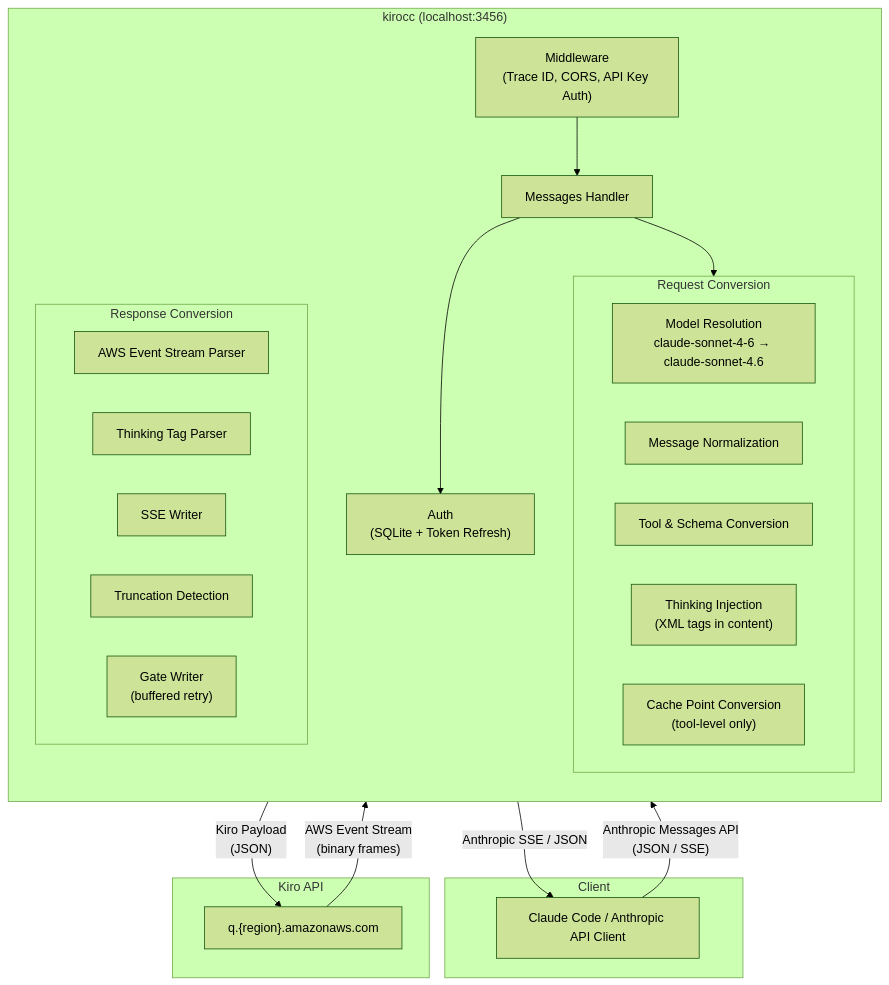
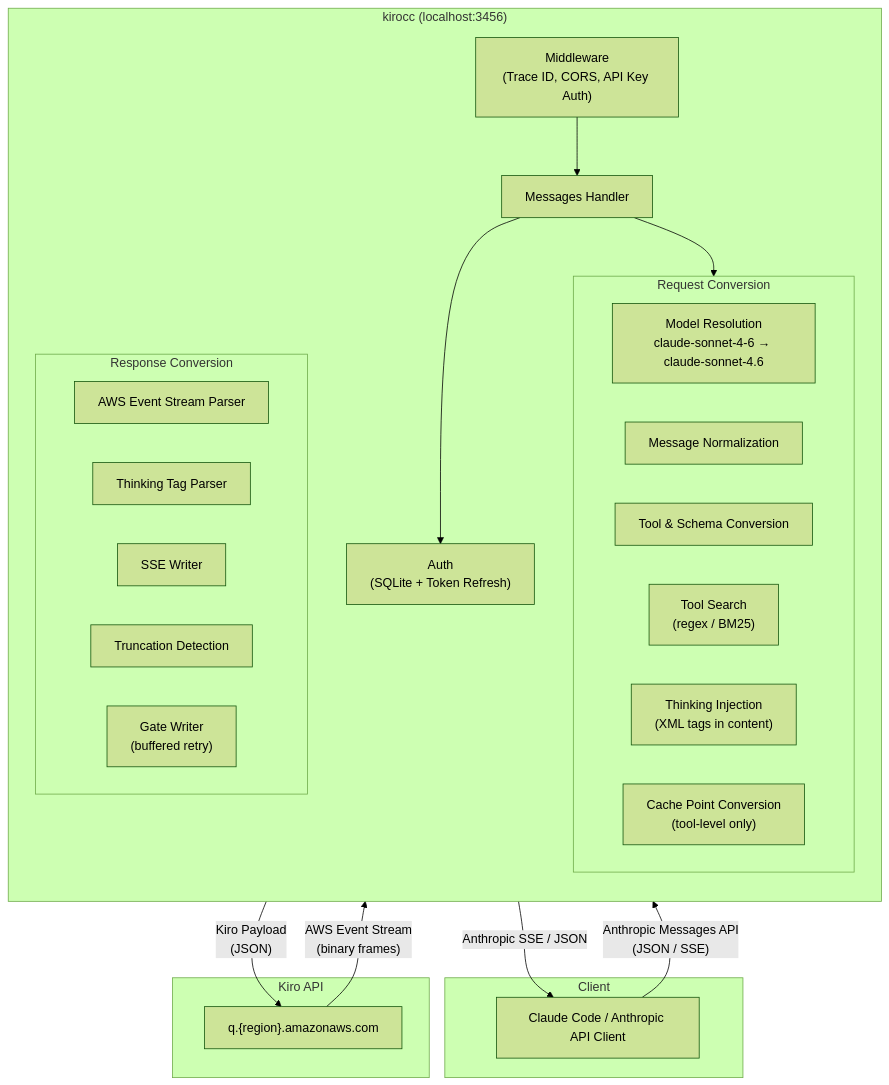
Before and after one commit to qq-24/kirocc: the diagram in README.md, drawn with Mermaid (forest theme). The commit also changed other lines of this file and 25 other files, not shown here.

First line of the commit message:
feat: implement proxy-side tool search (regex / BM25) (#13)

````diff
--- a/README.md
+++ b/README.md
@@ -110,43 +111,44 @@
 ```mermaid
 flowchart TB
     subgraph Client
         CC["Claude Code / Anthropic API Client"]
     end
 
     subgraph kirocc ["kirocc (localhost:3456)"]
         direction TB
         MW["Middleware<br/>(Trace ID, CORS, API Key Auth)"]
         Handler["Messages Handler"]
         Auth["Auth<br/>(SQLite + Token Refresh)"]
 
         subgraph reqconv ["Request Conversion"]
             direction LR
             ModelResolve["Model Resolution<br/>claude-sonnet-4-6 → claude-sonnet-4.6"]
             MsgNorm["Message Normalization"]
             ToolConv["Tool & Schema Conversion"]
+            ToolSearch["Tool Search<br/>(regex / BM25)"]
             ThinkingInject["Thinking Injection<br/>(XML tags in content)"]
             CacheConv["Cache Point Conversion<br/>(tool-level only)"]
         end
 
         subgraph respconv ["Response Conversion"]
             direction LR
             EventParse["AWS Event Stream Parser"]
             ThinkingParse["Thinking Tag Parser"]
             SSEWrite["SSE Writer"]
             TruncDetect["Truncation Detection"]
             GateWrite["Gate Writer<br/>(buffered retry)"]
         end
     end
 
     subgraph Kiro ["Kiro API"]
         KiroAPI["q.{region}.amazonaws.com"]
     end
 
     CC -- "Anthropic Messages API<br/>(JSON / SSE)" --> MW
     MW --> Handler
     Handler --> Auth
     Handler --> reqconv
     reqconv -- "Kiro Payload<br/>(JSON)" --> KiroAPI
     KiroAPI -- "AWS Event Stream<br/>(binary frames)" --> respconv
     respconv -- "Anthropic SSE / JSON" --> CC
 ```
````
